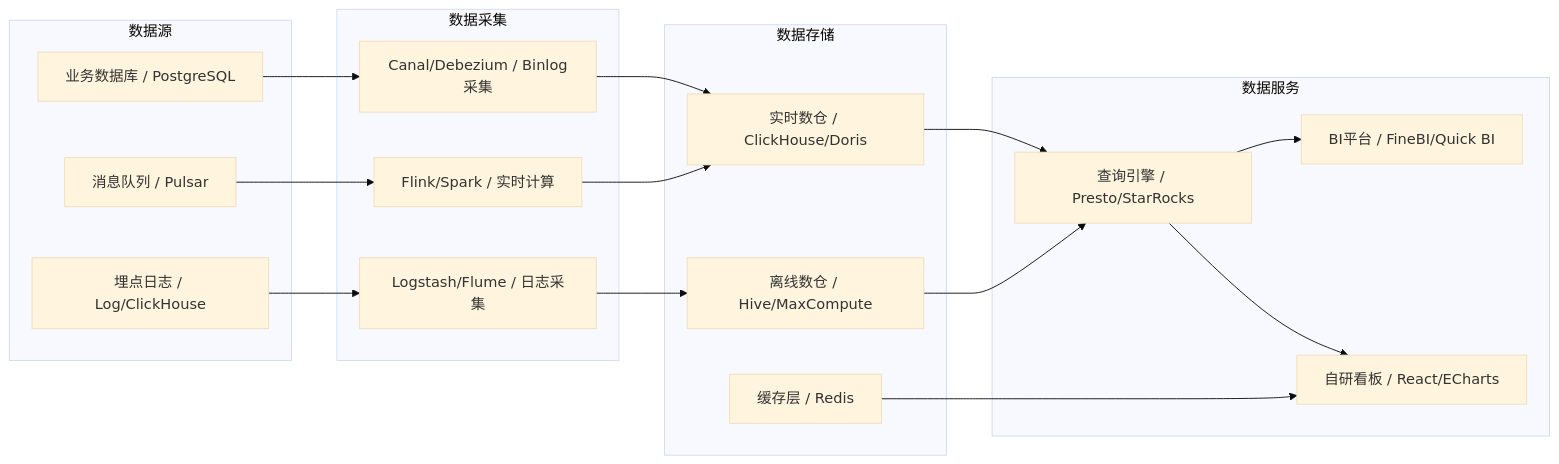
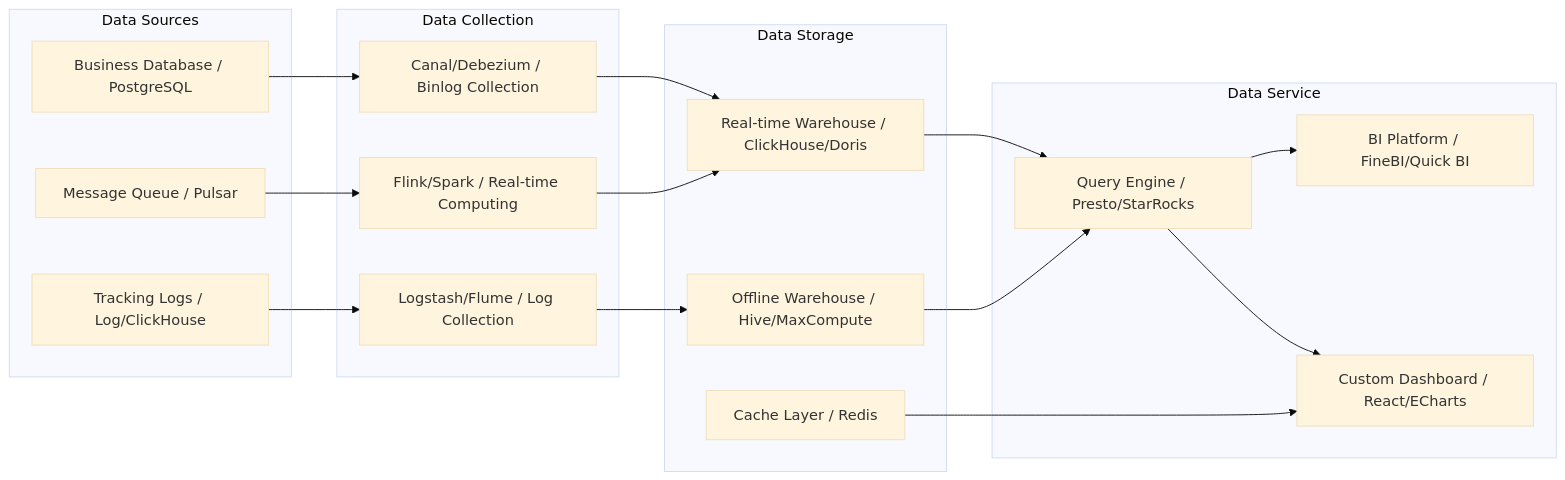
The ninth of 9 diagrams in templates/产品/运营层/【模板】数据看板.md (Kirky-X/cangjie), drawn with Mermaid (base theme) before and after one commit. The commit also changed other lines of this file and 46 other files, not shown here.

````diff
--- a/templates/产品/运营层/【模板】数据看板.md
+++ b/templates/产品/运营层/【模板】数据看板.md
@@ -468,37 +468,37 @@
 ```mermaid
 
 
 flowchart LR
-    subgraph "数据源"
-        S1["业务数据库 / PostgreSQL"]
-        S2["消息队列 / Pulsar"]
-        S3["埋点日志 / Log/ClickHouse"]
+    subgraph "Data Sources"
+        S1["Business Database / PostgreSQL"]
+        S2["Message Queue / Pulsar"]
+        S3["Tracking Logs / Log/ClickHouse"]
     end
 
-    subgraph "数据采集"
-        C1["Canal/Debezium / Binlog采集"]
-        C2["Flink/Spark / 实时计算"]
-        C3["Logstash/Flume / 日志采集"]
+    subgraph "Data Collection"
+        C1["Canal/Debezium / Binlog Collection"]
+        C2["Flink/Spark / Real-time Computing"]
+        C3["Logstash/Flume / Log Collection"]
     end
 
-    subgraph "数据存储"
-        D1["实时数仓 / ClickHouse/Doris"]
-        D2["离线数仓 / Hive/MaxCompute"]
-        D3["缓存层 / Redis"]
+    subgraph "Data Storage"
+        D1["Real-time Warehouse / ClickHouse/Doris"]
+        D2["Offline Warehouse / Hive/MaxCompute"]
+        D3["Cache Layer / Redis"]
     end
 
-    subgraph "数据服务"
-        V1["查询引擎 / Presto/StarRocks"]
-        V2["BI平台 / FineBI/Quick BI"]
-        V3["自研看板 / React/ECharts"]
+    subgraph "Data Service"
+        V1["Query Engine / Presto/StarRocks"]
+        V2["BI Platform / FineBI/Quick BI"]
+        V3["Custom Dashboard / React/ECharts"]
     end
 
     S1 --> C1 --> D1
     S2 --> C2 --> D1
     S3 --> C3 --> D2
     D1 --> V1
     D2 --> V1
     V1 --> V2
     V1 --> V3
     D3 --> V3
 ```
````
